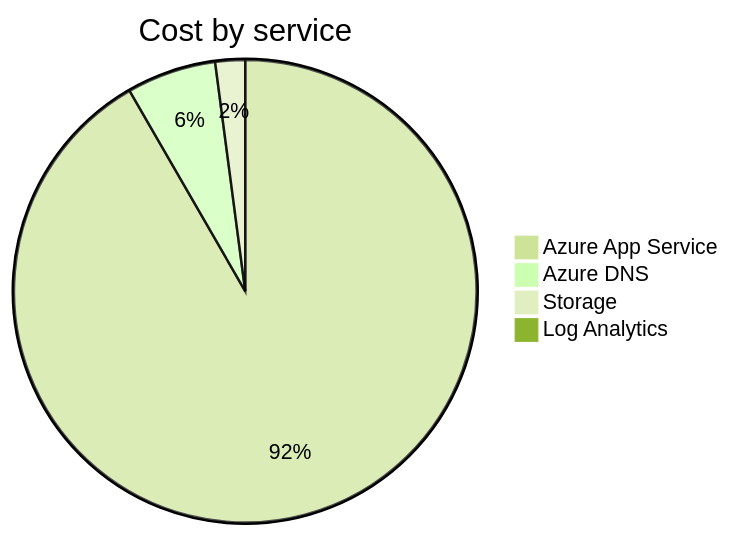
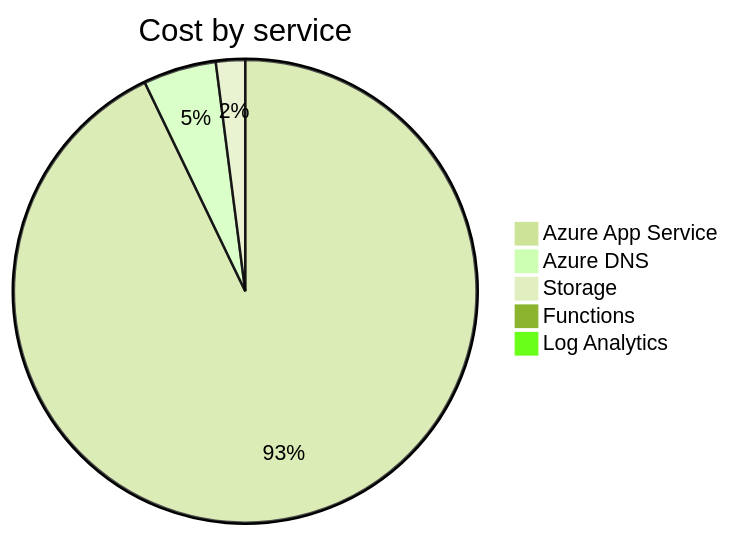
One commit to jpfulton/azure-personal-reports changed the second of 4 diagrams in cost-reports/accumulated-cost.md. Above: the diagram before and after it, drawn with Mermaid (forest theme). The commit also changed other lines of this file and 4 other files, not shown here.

````diff
--- a/cost-reports/accumulated-cost.md
+++ b/cost-reports/accumulated-cost.md
@@ -96,8 +97,9 @@
 ```mermaid
 pie
    title Cost by service
-   "Azure App Service" : 0.44
-   "Azure DNS" : 0.03
-   "Storage" : 0.01
+   "Azure App Service" : 0.91
+   "Azure DNS" : 0.05
+   "Storage" : 0.02
+   "Functions" : 0.00
    "Log Analytics" : 0.00
 ```
````
